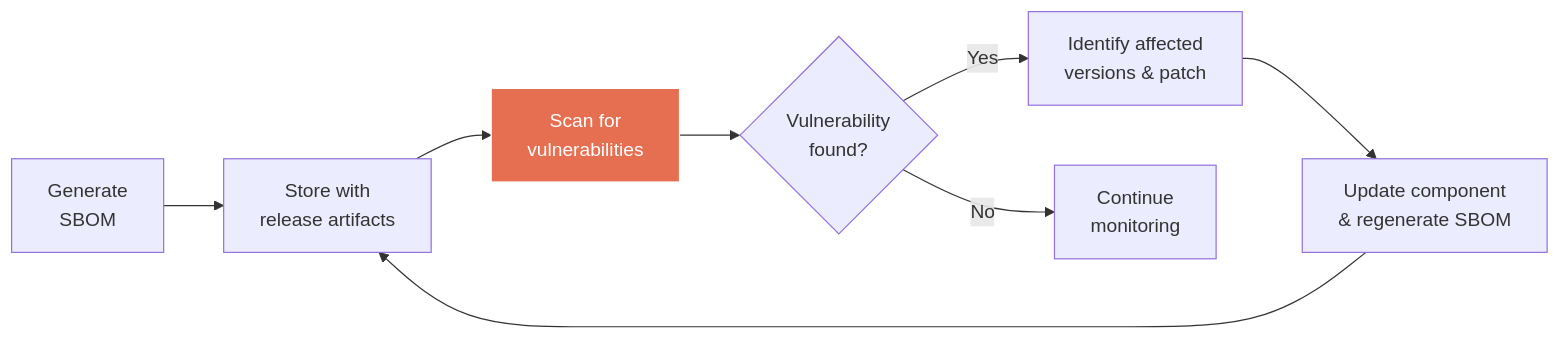
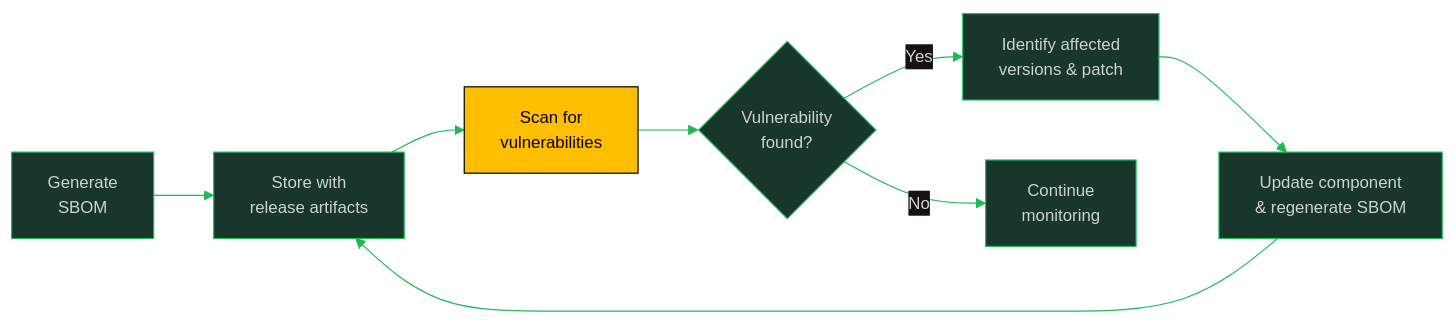
One commit to oat431/swe-knowledge changed the fourth of 6 diagrams in software-engineering-note/08_Software_Configuration_Management/09_Change_Control_and_Compliance.md. Above: the diagram before and after it, drawn with Mermaid. The commit also changed other lines of this file and 13 other files, not shown here.

````diff
--- a/software-engineering-note/08_Software_Configuration_Management/09_Change_Control_and_Compliance.md
+++ b/software-engineering-note/08_Software_Configuration_Management/09_Change_Control_and_Compliance.md
@@ -250,12 +253,13 @@
 ```mermaid
+%%{init: {'theme':'base','themeVariables':{'primaryColor':'#19362D','primaryTextColor':'#CDD3D1','primaryBorderColor':'#1FB854','lineColor':'#1FB854','secondaryColor':'#161212','tertiaryColor':'#1B1717','background':'#1B1717','mainBkg':'#19362D','nodeBorder':'#1FB854','clusterBkg':'#161212','clusterBorder':'#19362D','titleColor':'#1FB854','edgeLabelBackground':'#161212','fontSize':'14px'}}}%%
 graph LR
     GEN["Generate<br/>SBOM"] --> STORE["Store with<br/>release artifacts"]
     STORE --> SCAN["Scan for<br/>vulnerabilities"]
     SCAN --> ALERT{Vulnerability<br/>found?}
     ALERT -->|Yes| RESPOND["Identify affected<br/>versions & patch"]
     ALERT -->|No| MONITOR["Continue<br/>monitoring"]
     RESPOND --> UPDATE["Update component<br/>& regenerate SBOM"]
     UPDATE --> STORE
 
-    style SCAN fill:#e76f51,stroke:#fff,color:#fff
+    style SCAN fill:#FFBE00,stroke:#000000,color:#000000
 ```
````
